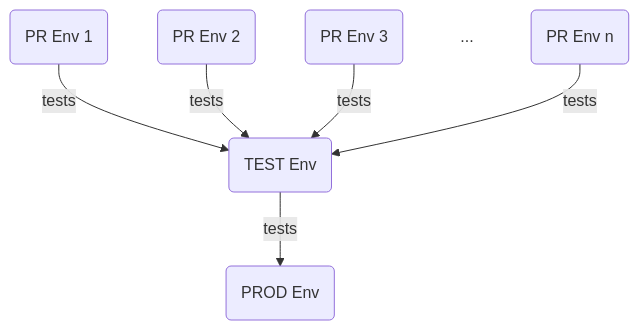
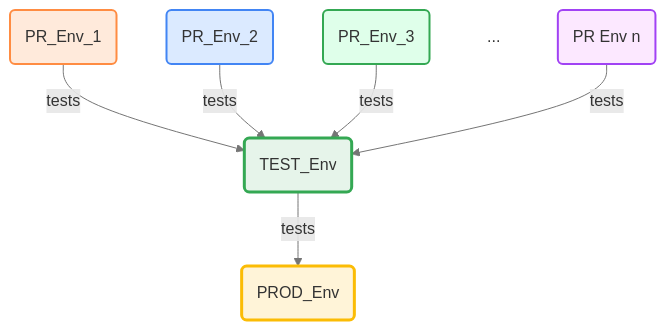
One commit to bcgov/quickstart-openshift changed the first of 2 diagrams in README.md. Above: the diagram before and after it, drawn with Mermaid. The commit also changed other lines of this file, not shown here.

Commit message:
chore: colorful mermaid (#2354)

````diff
--- a/README.md
+++ b/README.md
@@ -260,9 +259,23 @@
 ```mermaid
 flowchart TD
-    A1(PR Env 1) -->|tests| B
-    A2(PR Env 2) -->|tests| B
-    A3(PR Env 3) -->|tests| B
+    A1(PR_Env_1) -->|tests| B
+    A2(PR_Env_2) -->|tests| B
+    A3(PR_Env_3) -->|tests| B
     Ad@{ shape: text, label: "..." }
     An(PR Env n) -->|tests| B
-    B(TEST Env) -->|tests| C(PROD Env)
+    B(TEST_Env) -->|tests| C(PROD_Env)
+
+    %% Define styles with good contrast for light/dark modes
+    %% PR Environments (using distinct, reasonably bright colors)
+    style A1 fill:#ffeadb,stroke:#ff8c42,stroke-width:2px,color:#5c3d1e  %% Light Orange/Orange
+    style A2 fill:#dbeaff,stroke:#4285f4,stroke-width:2px,color:#1a3f7a  %% Light Blue/Blue
+    style A3 fill:#dfffea,stroke:#34a853,stroke-width:2px,color:#154b24  %% Light Green/Green
+    style An fill:#fce8ff,stroke:#a142f4,stroke-width:2px,color:#4d1e7a  %% Light Purple/Purple
+    %% TEST Environment
+    style B fill:#e6f4ea,stroke:#34a853,stroke-width:3px,color:#154b24  %% Lighter Green/Green
+    %% PROD Environment
+    style C fill:#fff4d8,stroke:#fbbc05,stroke-width:3px,color:#7a5f01  %% Light Gold/Gold
+
+    %% Link style
+    linkStyle default stroke:#757575,stroke-width:1px
 ```
````
